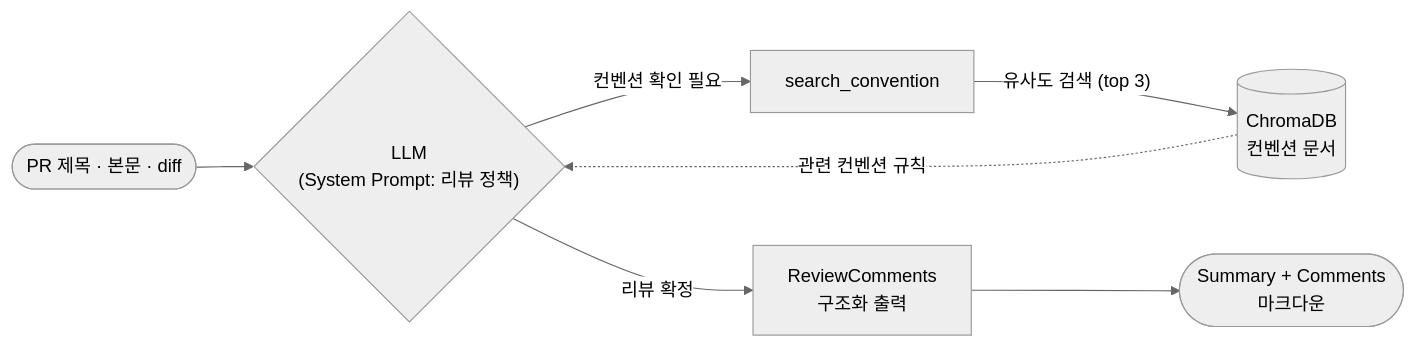
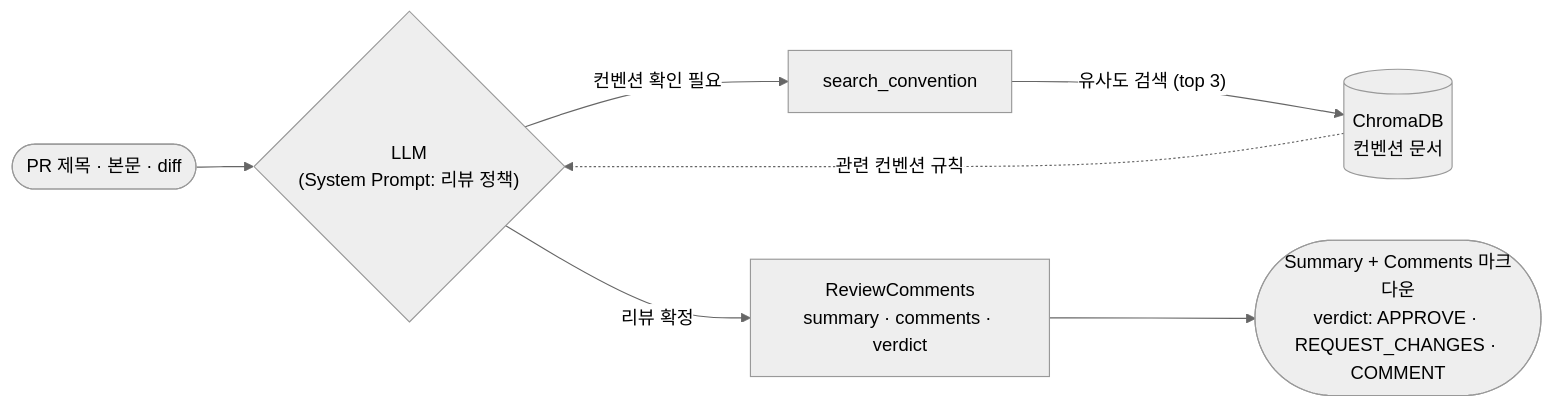
The third of 5 diagrams in README.md (Ryuharam/vicki-project), drawn with Mermaid (neutral theme) before and after one commit. The commit also changed other lines of this file, not shown here.

Commit message:
docs:README.md 구조도 수정

````diff
--- a/README.md
+++ b/README.md
@@ -54,15 +72,15 @@
 ```mermaid
 flowchart LR
     IN(["PR 제목 · 본문 · diff"]) --> LLM
 
     LLM{"LLM<br/>(System Prompt: 리뷰 정책)"}
     TOOL["search_convention"]
     DB[("ChromaDB<br/>컨벤션 문서")]
-    OUT["ReviewComments<br/>구조화 출력"]
-    MD(["Summary + Comments<br/>마크다운"])
+    OUT["ReviewComments<br/>summary · comments · verdict"]
+    MD(["Summary + Comments 마크다운<br/>verdict: APPROVE · REQUEST_CHANGES · COMMENT"])
 
     LLM -- "컨벤션 확인 필요" --> TOOL
     TOOL -- "유사도 검색 (top 3)" --> DB
     DB -. "관련 컨벤션 규칙" .-> LLM
     LLM -- "리뷰 확정" --> OUT --> MD
 ```
````
